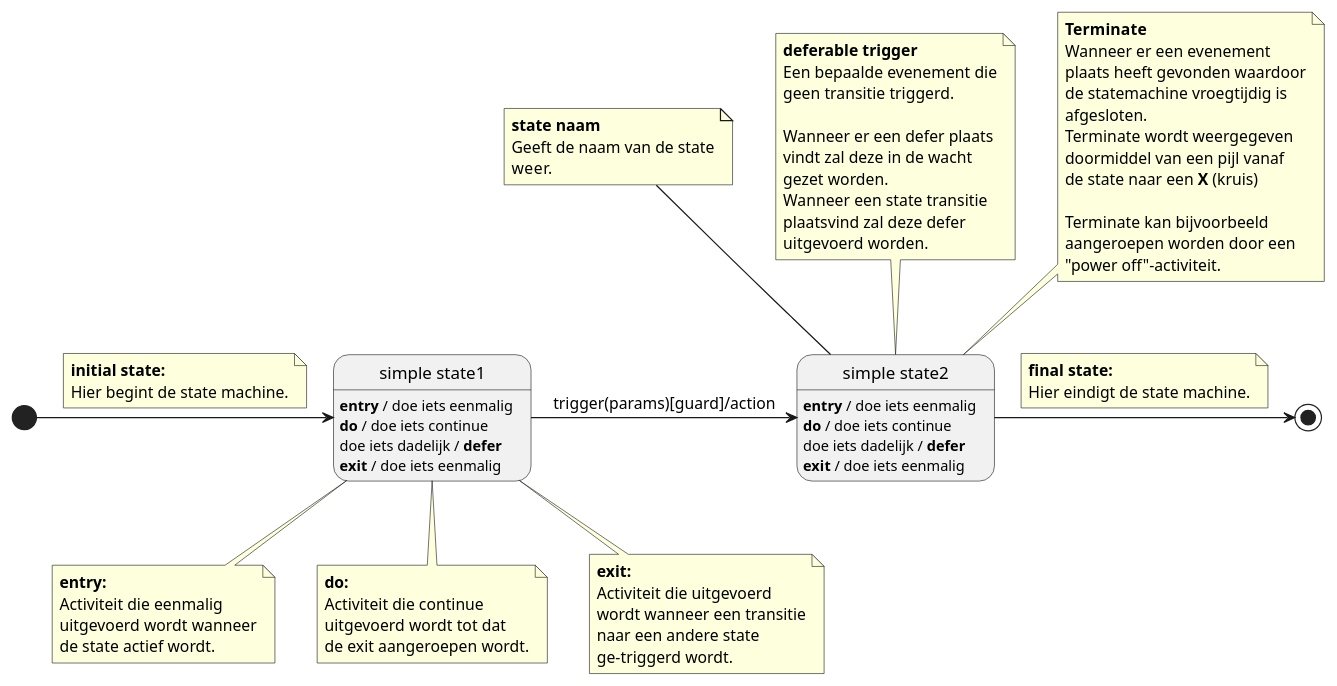
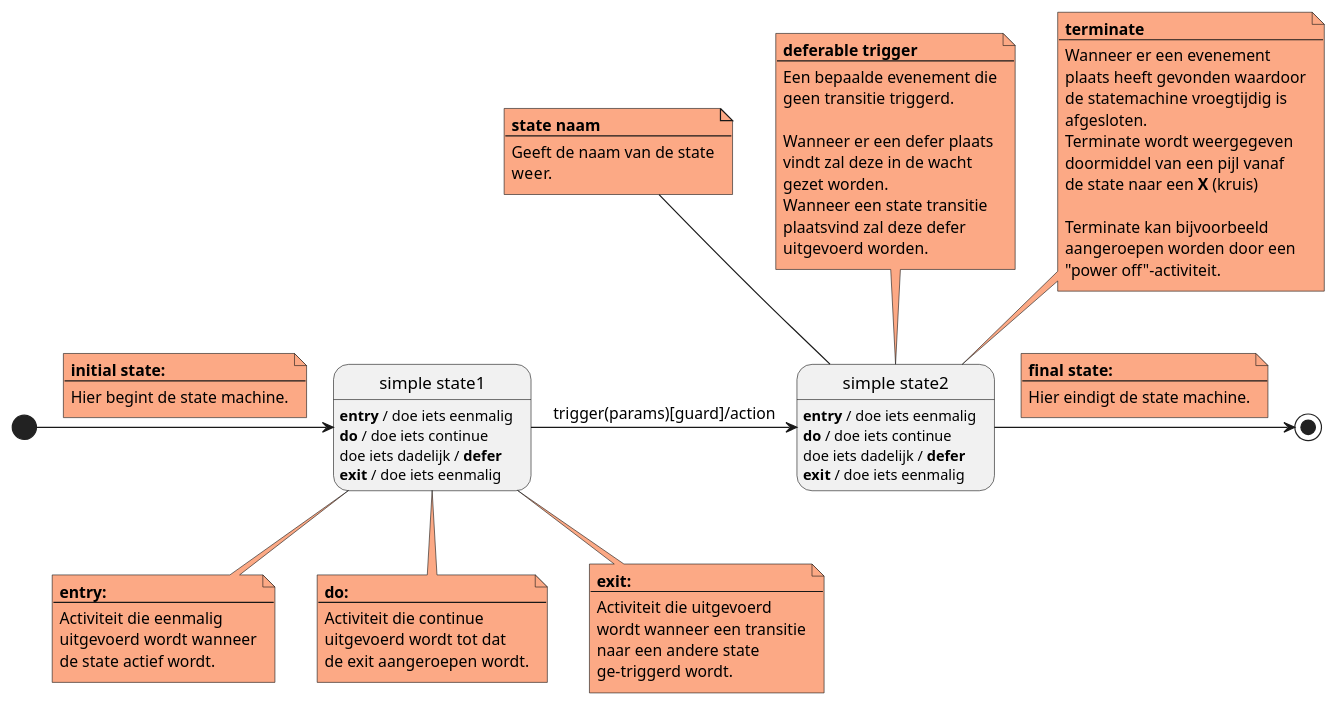
One commit to LukevLuijn/cheat_sheet_osm_mo changed the diagram in plantuml/state/simple_state.puml. Above: the diagram before and after it, drawn with PlantUML. The commit also changed 52 other files, not shown here.

Commit message:
[cheat-sheet] added colors to all diagrams.

```diff
--- a/plantuml/state/simple_state.puml
+++ b/plantuml/state/simple_state.puml
@@ -1,116 +1,104 @@
 @startuml
 'https://plantuml.com/state-diagram
-
-'state name
-'entry
-'do
-'exit
-'operations
-'deferable triggers
-
-'scale 350 width
-
-'skinparam backgroundColor black
-'skinparam monochrome true
-'skinparam monochrome reverse
-
 
 state s1 as "simple state1" {
     s1 : **entry** / doe iets eenmalig
     s1 : **do** / doe iets continue
     s1 : doe iets dadelijk / **defer**
     s1 : **exit** / doe iets eenmalig
 }
 
 state s2 as "simple state2"{
     s2 : **entry** / doe iets eenmalig
     s2 : **do** / doe iets continue
     s2 : doe iets dadelijk / **defer**
     s2 : **exit** / doe iets eenmalig
 }
 
 [*] -right-> s1
-note top on link
+note top on link #FCA985
     **initial state:**
+    --
     Hier begint de state machine.
 end note
 
 s1 -right-> s2 : trigger(params)[guard]/action
 
 s2 -right-> [*]
-note top on link
+note top on link #FCA985
     **final state:**
+    --
     Hier eindigt de state machine.
 end note
 
-note as n1
+note as n1 #FCA985
     **entry:**
+    --
     Activiteit die eenmalig
     uitgevoerd wordt wanneer
     de state actief wordt.
 end note
 
-note as n2
+note as n2 #FCA985
     **do:**
+    --
     Activiteit die continue
     uitgevoerd wordt tot dat
     de exit aangeroepen wordt.
 end note
 
-note as n3
+note as n3 #FCA985
     **exit:**
+    --
     Activiteit die uitgevoerd
     wordt wanneer een transitie
     naar een andere state
     ge-triggerd wordt.
 end note
 
-note as n4
+note as n4 #FCA985
     **state naam**
+    --
     Geeft de naam van de state
     weer.
 end note
 
-note as n5
+note as n5 #FCA985
     **deferable trigger**
+    --
     Een bepaalde evenement die
     geen transitie triggerd.
 
     Wanneer er een defer plaats
     vindt zal deze in de wacht
     gezet worden.
     Wanneer een state transitie
     plaatsvind zal deze defer
     uitgevoerd worden.
 end note
 
-note as n6
-    **Terminate**
+note as n6 #FCA985
+    **terminate**
+    --
     Wanneer er een evenement
     plaats heeft gevonden waardoor
     de statemachine vroegtijdig is
     afgesloten.
     Terminate wordt weergegeven
     doormiddel van een pijl vanaf
     de state naar een **X** (kruis)
 
     Terminate kan bijvoorbeeld
     aangeroepen worden door een
     "power off"-activiteit.
 end note
 
-'n2 -[hidden]left-> n1
-'n2 -[hidden]right-> n3
-
 n1 -up-> s1
 n2 -up-> s1
 n3 -up-> s1
-
-'n4 -[hidden]left-> n5
-'n4 -[hidden]right-> n6
 
 n4 -down-> s2
 n5 -down-> s2
 n6 -down-> s2
 
 @enduml
```
